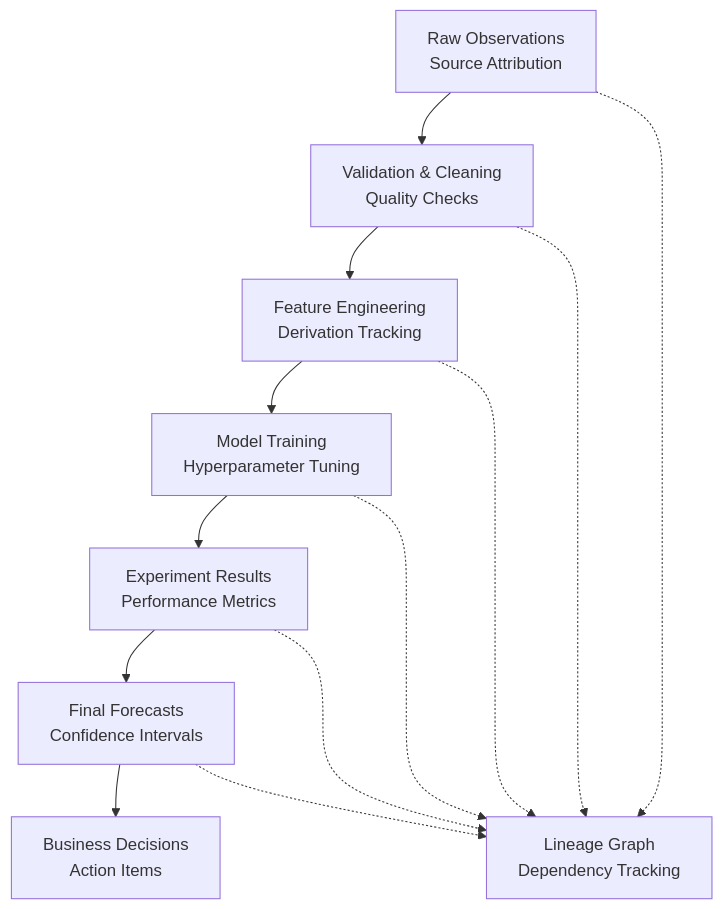
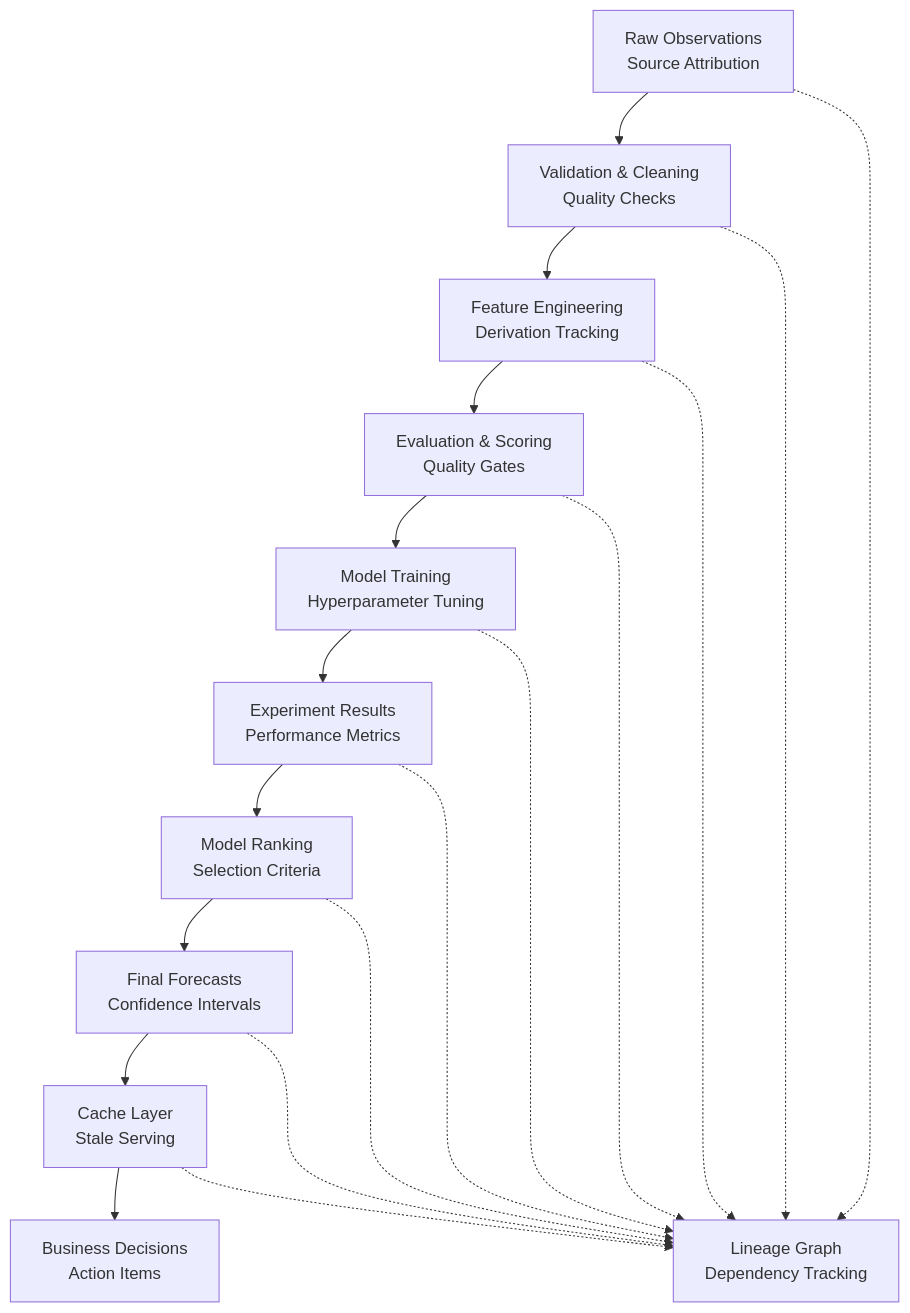
The sixth of 16 diagrams in .qoder/repowiki/en/content/System Architecture & Domain Model.md (od3n/forecastiq), drawn with Mermaid before and after one commit. The commit also changed other lines of this file and 3 other files, not shown here.

````diff
--- a/.qoder/repowiki/en/content/System Architecture & Domain Model.md
+++ b/.qoder/repowiki/en/content/System Architecture & Domain Model.md
@@ -422,15 +739,21 @@
 ```mermaid
 flowchart TD
 RAW["Raw Observations<br/>Source Attribution"] --> VALIDATE["Validation & Cleaning<br/>Quality Checks"]
 VALIDATE --> FEATURES["Feature Engineering<br/>Derivation Tracking"]
-FEATURES --> MODELS["Model Training<br/>Hyperparameter Tuning"]
+FEATURES --> EVALUATE["Evaluation & Scoring<br/>Quality Gates"]
+EVALUATE --> MODELS["Model Training<br/>Hyperparameter Tuning"]
 MODELS --> EXPERIMENTS["Experiment Results<br/>Performance Metrics"]
-EXPERIMENTS --> FORECASTS["Final Forecasts<br/>Confidence Intervals"]
-FORECASTS --> DECISIONS["Business Decisions<br/>Action Items"]
+EXPERIMENTS --> RANKING["Model Ranking<br/>Selection Criteria"]
+RANKING --> FORECASTS["Final Forecasts<br/>Confidence Intervals"]
+FORECASTS --> CACHE["Cache Layer<br/>Stale Serving"]
+CACHE --> DECISIONS["Business Decisions<br/>Action Items"]
 RAW -.-> LINEAGE["Lineage Graph<br/>Dependency Tracking"]
 VALIDATE -.-> LINEAGE
 FEATURES -.-> LINEAGE
+EVALUATE -.-> LINEAGE
 MODELS -.-> LINEAGE
 EXPERIMENTS -.-> LINEAGE
+RANKING -.-> LINEAGE
 FORECASTS -.-> LINEAGE
+CACHE -.-> LINEAGE
 ```
````
